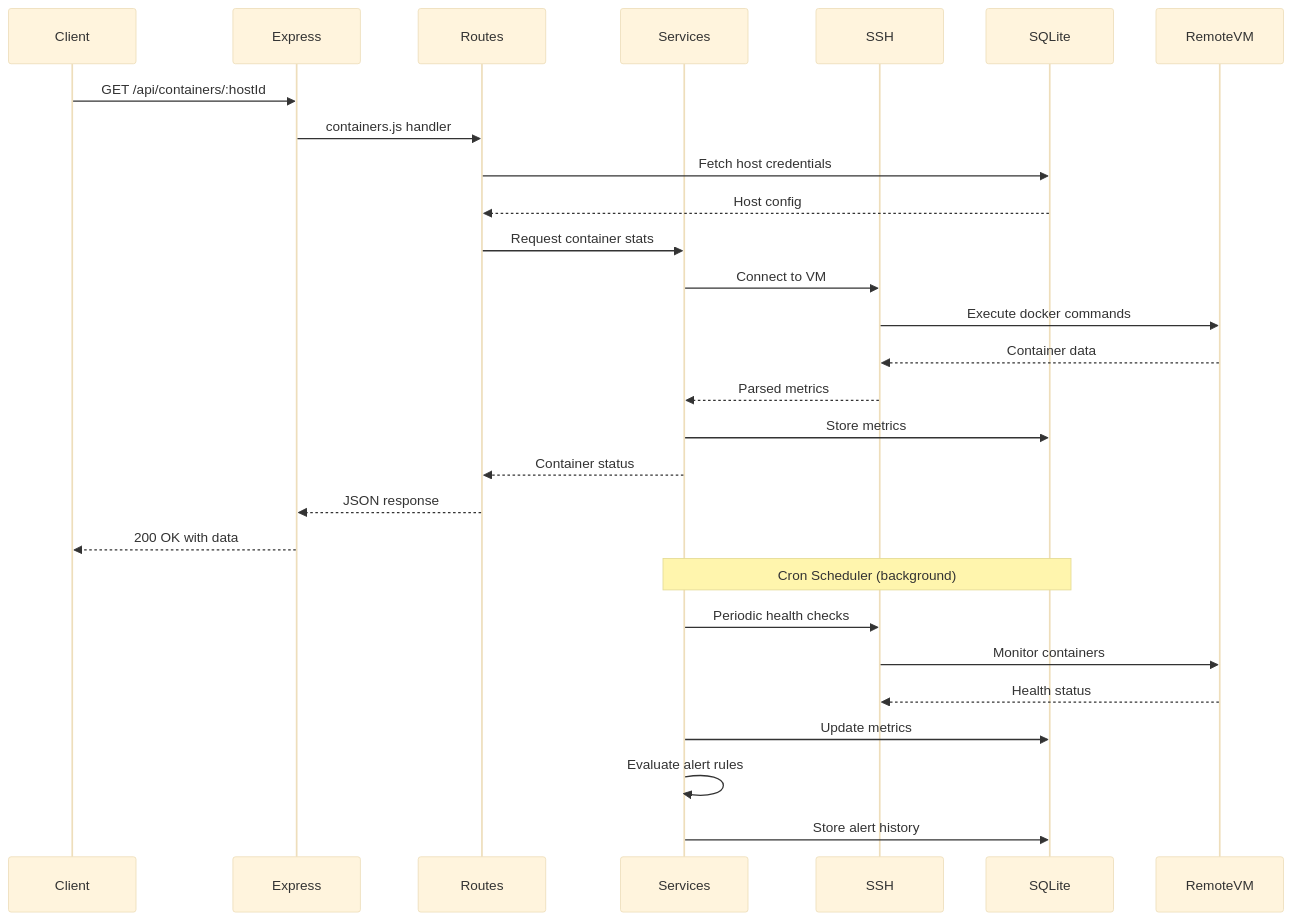
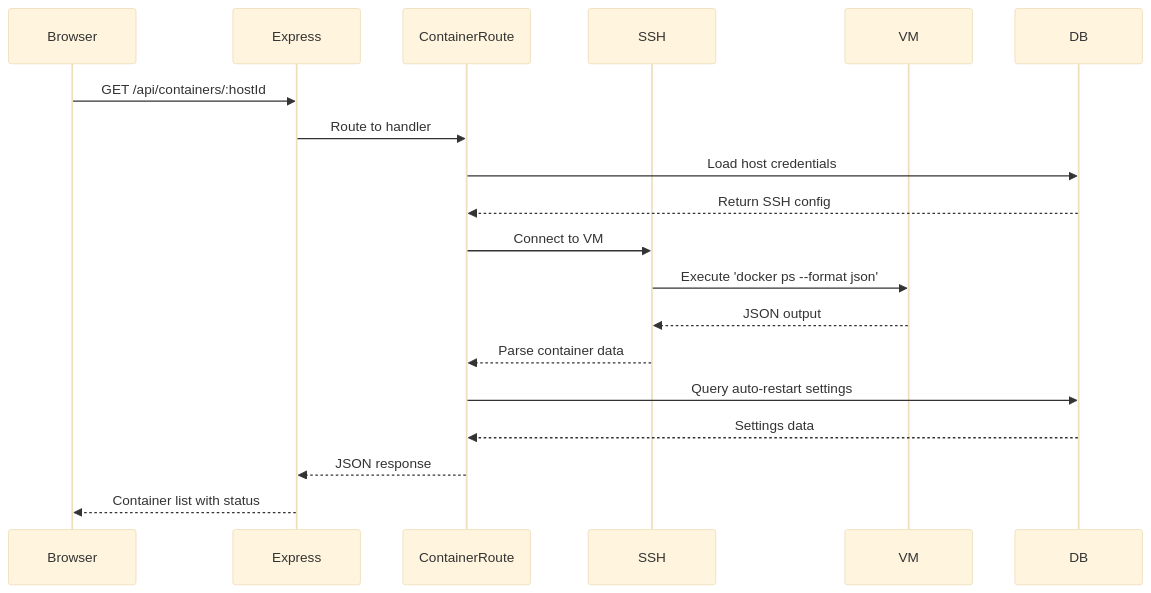
One commit to sbknana/Sentinel changed the second of 4 diagrams in docs/ARCHITECTURE.md. Above: the diagram before and after it, drawn with Mermaid (base theme). The commit also changed other lines of this file and 34 other files, not shown here.

````diff
--- a/docs/ARCHITECTURE.md
+++ b/docs/ARCHITECTURE.md
@@ -97,32 +54,22 @@
 ```mermaid
 sequenceDiagram
-    participant Client
+    participant Browser
     participant Express
-    participant Routes
-    participant Services
+    participant ContainerRoute
     participant SSH
-    participant SQLite
-    participant RemoteVM
+    participant VM
+    participant DB
 
-    Client->>Express: GET /api/containers/:hostId
-    Express->>Routes: containers.js handler
-    Routes->>SQLite: Fetch host credentials
-    SQLite-->>Routes: Host config
-    Routes->>Services: Request container stats
-    Services->>SSH: Connect to VM
-    SSH->>RemoteVM: Execute docker commands
-    RemoteVM-->>SSH: Container data
-    SSH-->>Services: Parsed metrics
-    Services->>SQLite: Store metrics
-    Services-->>Routes: Container status
-    Routes-->>Express: JSON response
-    Express-->>Client: 200 OK with data
-
-    Note over Services,SQLite: Cron Scheduler (background)
-    Services->>SSH: Periodic health checks
-    SSH->>RemoteVM: Monitor containers
-    RemoteVM-->>SSH: Health status
-    Services->>SQLite: Update metrics
-    Services->>Services: Evaluate alert rules
-    Services->>SQLite: Store alert history
+    Browser->>Express: GET /api/containers/:hostId
+    Express->>ContainerRoute: Route to handler
+    ContainerRoute->>DB: Load host credentials
+    DB-->>ContainerRoute: Return SSH config
+    ContainerRoute->>SSH: Connect to VM
+    SSH->>VM: Execute 'docker ps --format json'
+    VM-->>SSH: JSON output
+    SSH-->>ContainerRoute: Parse container data
+    ContainerRoute->>DB: Query auto-restart settings
+    DB-->>ContainerRoute: Settings data
+    ContainerRoute-->>Express: JSON response
+    Express-->>Browser: Container list with status
 ```
````
